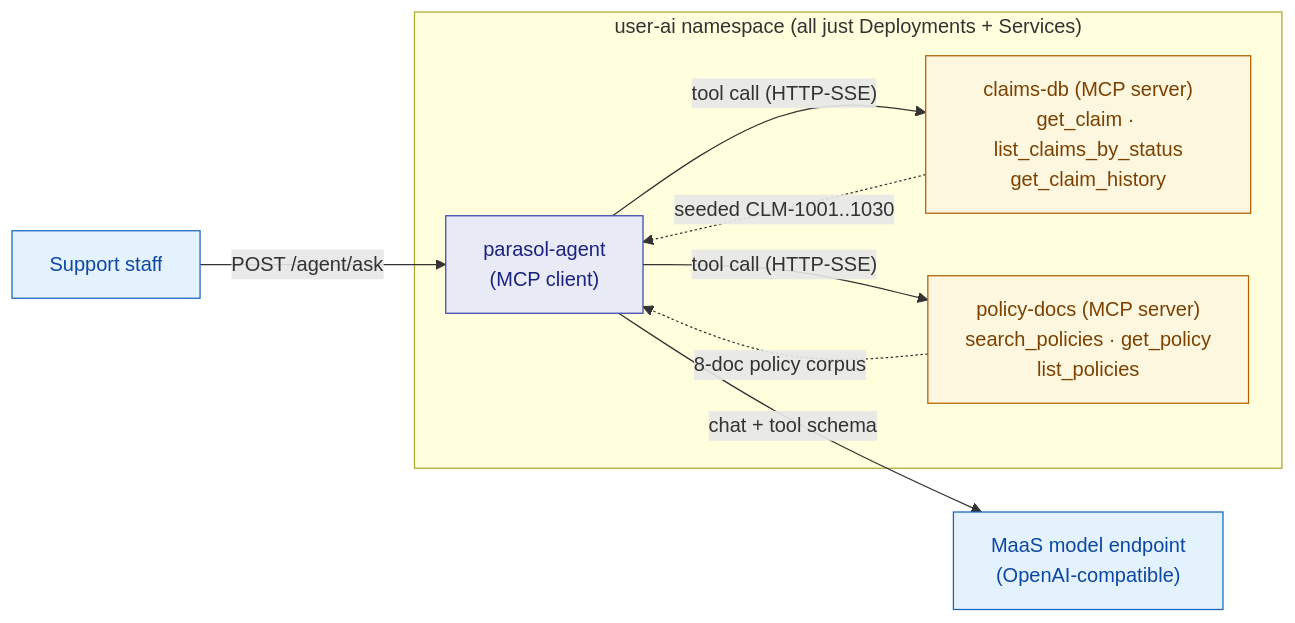
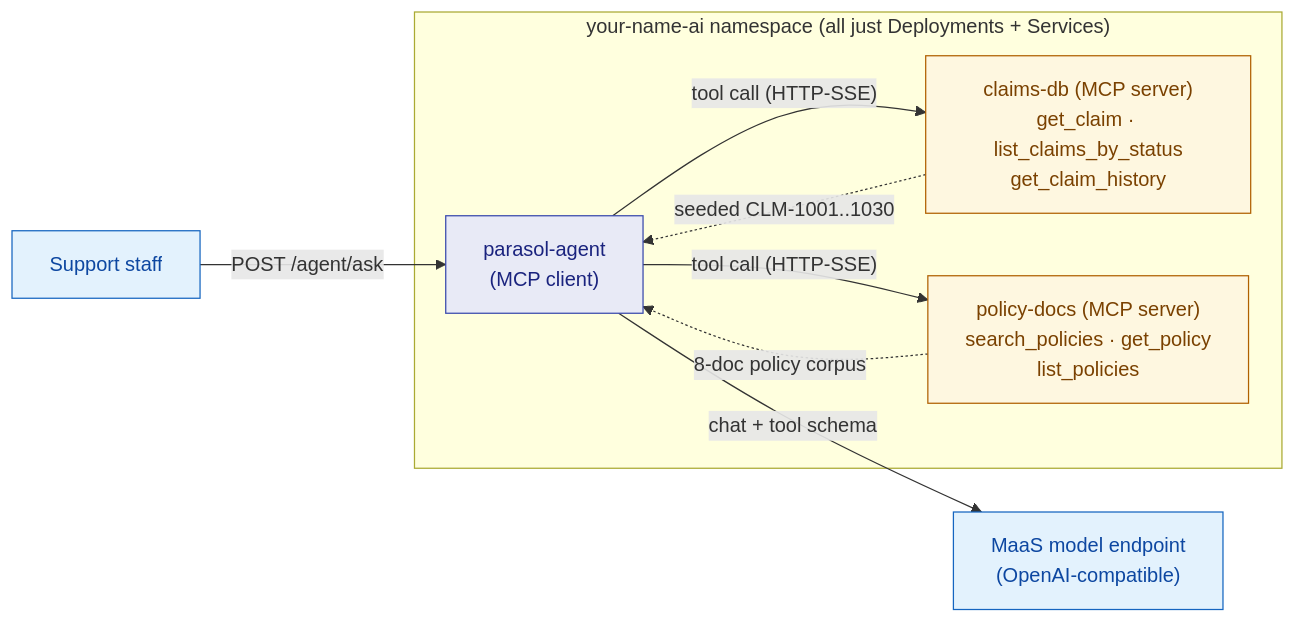
Before and after one commit to serhat-dirik/OCP-Getting-Started-Revamped: the diagram in content/modules/ROOT/examples/diagrams/agentic-ai/02-mcp-tools.mmd, drawn with Mermaid. The commit also changed 11 other files, not shown here.

First line of the commit message:
fix(content): convert the last diagrams to the house line-break and placeholder style

```diff
--- a/content/modules/ROOT/examples/diagrams/agentic-ai/02-mcp-tools.mmd
+++ b/content/modules/ROOT/examples/diagrams/agentic-ai/02-mcp-tools.mmd
@@ -1,16 +1,16 @@
 graph LR
   user["Support staff"] -->|"POST /agent/ask"| agent
-  subgraph ns["user-ai namespace (all just Deployments + Services)"]
+  subgraph ns["your-name-ai namespace (all just Deployments + Services)"]
     agent["parasol-agent<br/>(MCP client)"]
     claims["claims-db (MCP server)<br/>get_claim · list_claims_by_status<br/>get_claim_history"]
     policy["policy-docs (MCP server)<br/>search_policies · get_policy<br/>list_policies"]
   end
   agent -->|"tool call (HTTP-SSE)"| claims
   agent -->|"tool call (HTTP-SSE)"| policy
   agent -->|"chat + tool schema"| maas["MaaS model endpoint<br/>(OpenAI-compatible)"]
   claims -.->|"seeded CLM-1001..1030"| agent
   policy -.->|"8-doc policy corpus"| agent
   classDef svc fill:#e8eaf6,stroke:#3949ab,color:#1a237e;
   classDef tool fill:#fef7e0,stroke:#b06000,color:#7a4100;
   classDef ext fill:#e3f2fd,stroke:#1565c0,color:#0d47a1;
   class agent svc; class claims,policy tool; class maas,user ext;
```
